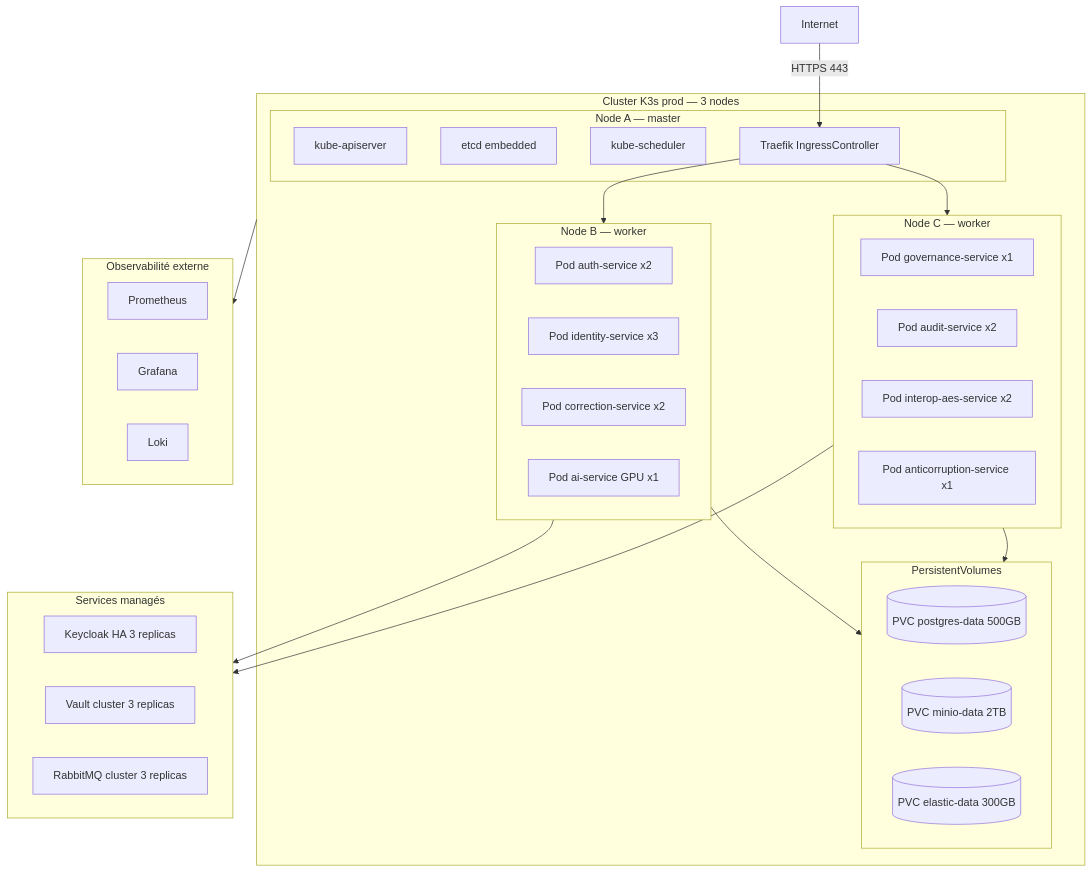
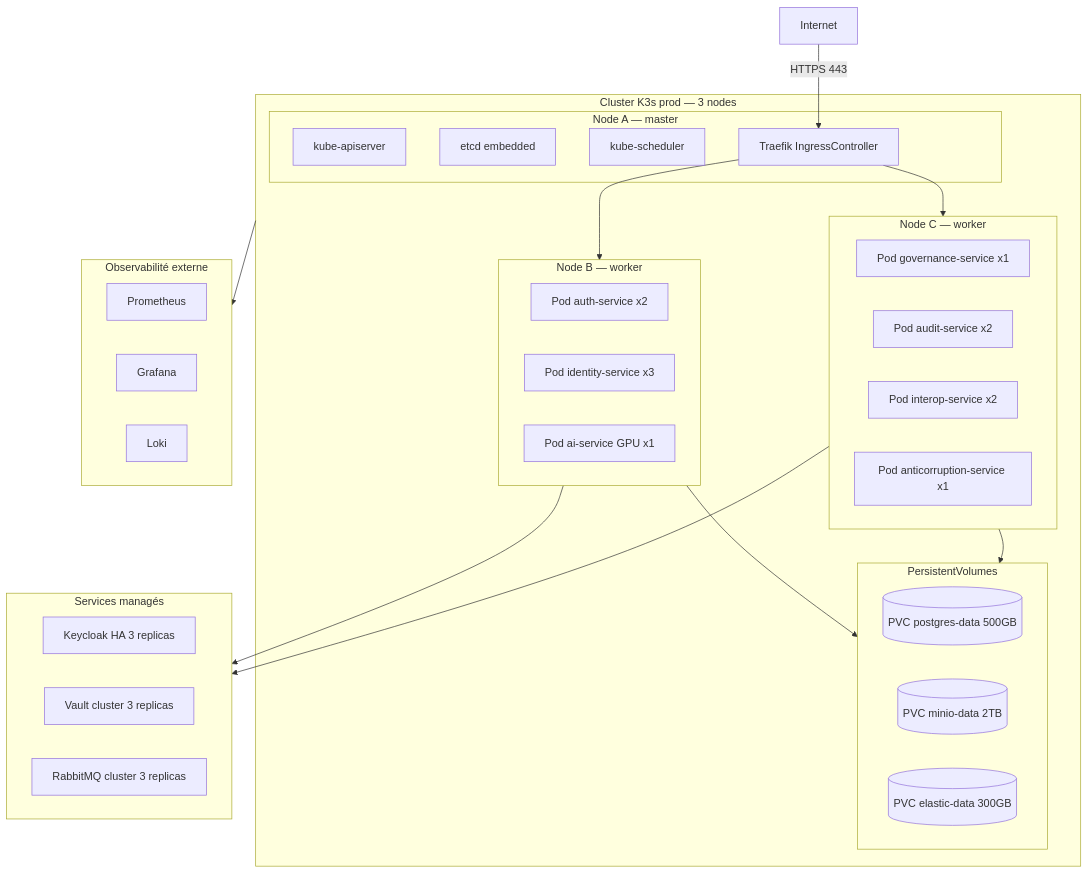
Before and after one commit to TheManInPink/Session-Ete-2026: the eighth of 40 diagrams in docs/diagrams/99-DIAGRAMMES-MERMAID.md, drawn with Mermaid. The commit also changed other lines of this file and 1 other file, not shown here.

First line of the commit message:
docs: éliminer les services fictifs résiduels des diagrammes (catalogue 99)

````diff
--- a/docs/diagrams/99-DIAGRAMMES-MERMAID.md
+++ b/docs/diagrams/99-DIAGRAMMES-MERMAID.md
@@ -586,49 +586,48 @@
 ```mermaid
 flowchart TB
     subgraph Cloud["Cluster K3s prod — 3 nodes"]
         subgraph NodeA["Node A — master"]
             CPApi[kube-apiserver]
             CPEtcd[etcd embedded]
             CPScheduler[kube-scheduler]
             Traefik2[Traefik IngressController]
         end
         subgraph NodeB["Node B — worker"]
             PodAuth[Pod auth-service x2]
             PodIdentity[Pod identity-service x3]
-            PodCorr[Pod correction-service x2]
             PodAI[Pod ai-service GPU x1]
         end
         subgraph NodeC["Node C — worker"]
             PodGov[Pod governance-service x1]
             PodAudit[Pod audit-service x2]
-            PodInterop[Pod interop-aes-service x2]
+            PodInterop[Pod interop-service x2]
             PodAntiCorr[Pod anticorruption-service x1]
         end
         subgraph Storage["PersistentVolumes"]
             PvcPostgres[(PVC postgres-data 500GB)]
             PvcMinio[(PVC minio-data 2TB)]
             PvcElastic[(PVC elastic-data 300GB)]
         end
     end
 
     subgraph Managed["Services managés"]
         KeycloakMgd[Keycloak HA 3 replicas]
         VaultMgd[Vault cluster 3 replicas]
         MQ[RabbitMQ cluster 3 replicas]
     end
 
     subgraph Monitor["Observabilité externe"]
         PromExt[Prometheus]
         GrafanaExt[Grafana]
         LokiExt[Loki]
     end
 
     Internet[Internet] -- HTTPS 443 --> Traefik2
     Traefik2 --> NodeB
     Traefik2 --> NodeC
     NodeB --> Storage
     NodeC --> Storage
     NodeB --> Managed
     NodeC --> Managed
     Cloud --> Monitor
 ```
````
